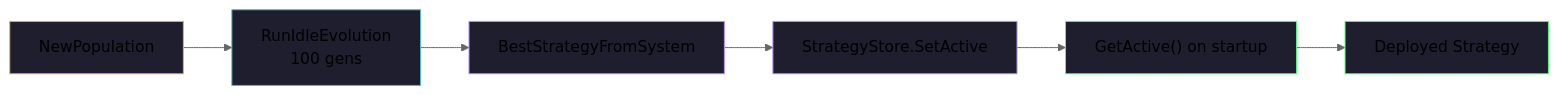
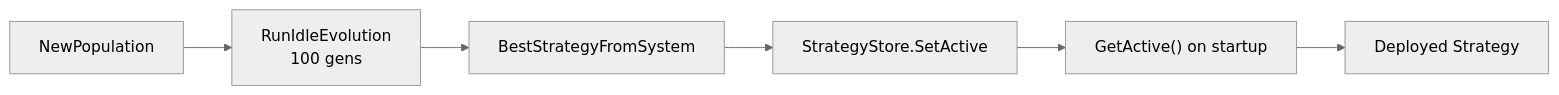
Before and after one commit to Timwood0x10/myblog: the ninth of 9 diagrams in content/log/ARES/11-autonomous-evolution-deep-dive.md, drawn with Mermaid (neutral theme). The commit also changed other lines of this file and 11 other files, not shown here.

Commit message:
refactor(theme): unify Mermaid chart theme styles

````diff
--- a/content/log/ARES/11-autonomous-evolution-deep-dive.md
+++ b/content/log/ARES/11-autonomous-evolution-deep-dive.md
@@ -2222,15 +2174,9 @@
 ```mermaid
 graph LR
     NP[NewPopulation] --> RIE["RunIdleEvolution\n100 gens"]
     RIE --> BSF[BestStrategyFromSystem]
     BSF --> SAS[StrategyStore.SetActive]
     SAS --> GA["GetActive() on startup"]
     GA --> DS[Deployed Strategy]
 
-    style NP fill:#1e1e2e,stroke:#e0af68
-    style RIE fill:#1e1e2e,stroke:#56b6c2
-    style BSF fill:#1e1e2e,stroke:#bd93f9
-    style SAS fill:#1e1e2e,stroke:#bd93f9
-    style GA fill:#1e1e2e,stroke:#50fa7b
-    style DS fill:#1e1e2e,stroke:#50fa7b
 ```
````
